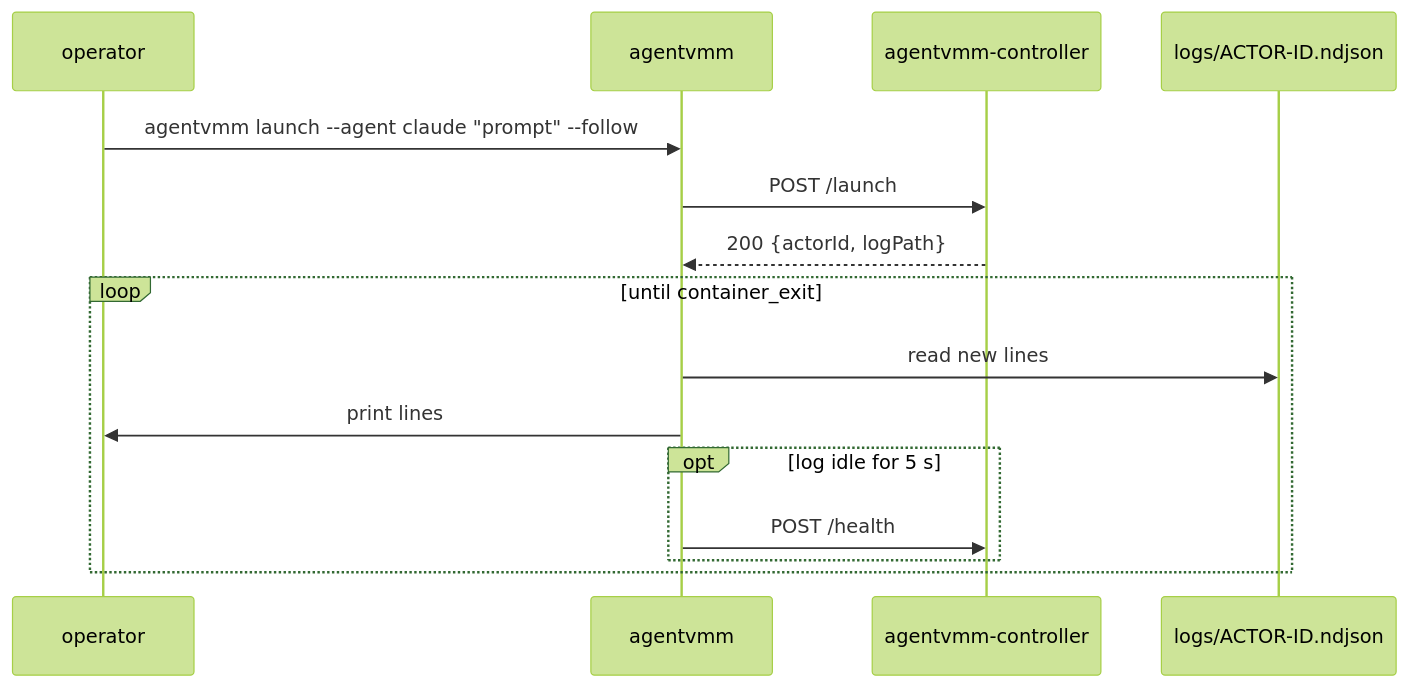
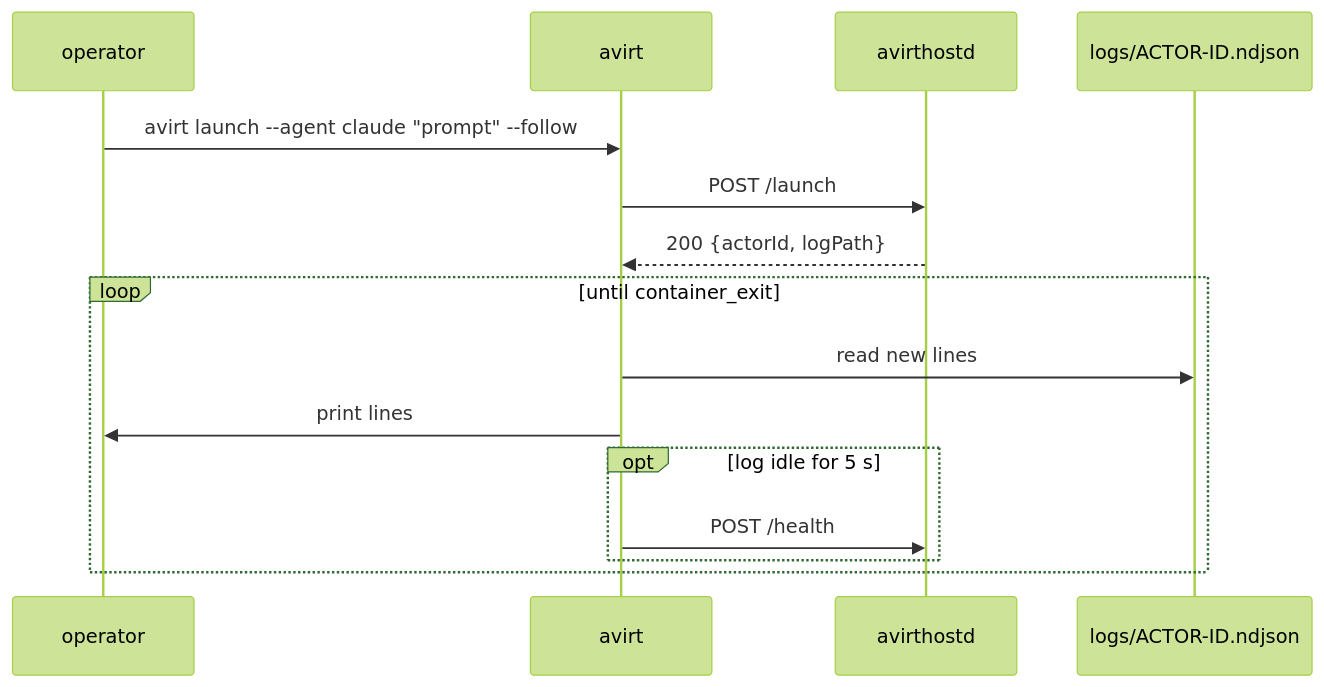
One commit to tbhb-dev/avirt changed the diagram in docs/cli.md. Above: the diagram before and after it, drawn with Mermaid (forest theme). The commit also changed other lines of this file and 94 other files, not shown here.

````diff
--- a/docs/cli.md
+++ b/docs/cli.md
@@ -35,17 +35,17 @@
 ```mermaid
 sequenceDiagram
     participant U as operator
-    participant A as agentvmm
-    participant C as agentvmm-controller
+    participant A as avirt
+    participant C as avirthostd
     participant L as logs/ACTOR-ID.ndjson
-    U->>A: agentvmm launch --agent claude "prompt" --follow
+    U->>A: avirt launch --agent claude "prompt" --follow
     A->>C: POST /launch
     C-->>A: 200 {actorId, logPath}
     loop until container_exit
         A->>L: read new lines
         A->>U: print lines
         opt log idle for 5 s
             A->>C: POST /health
         end
     end
 ```
````
